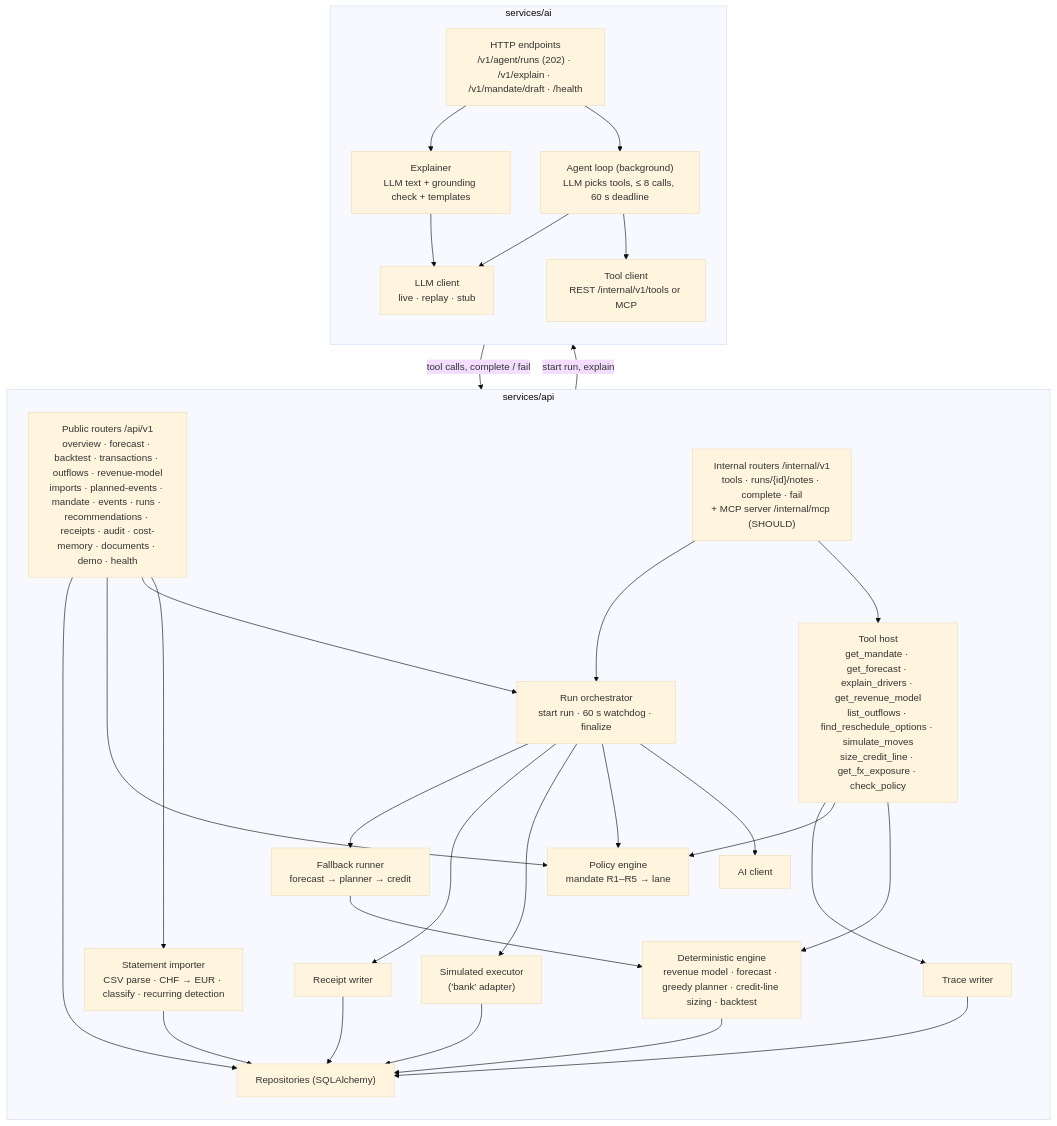
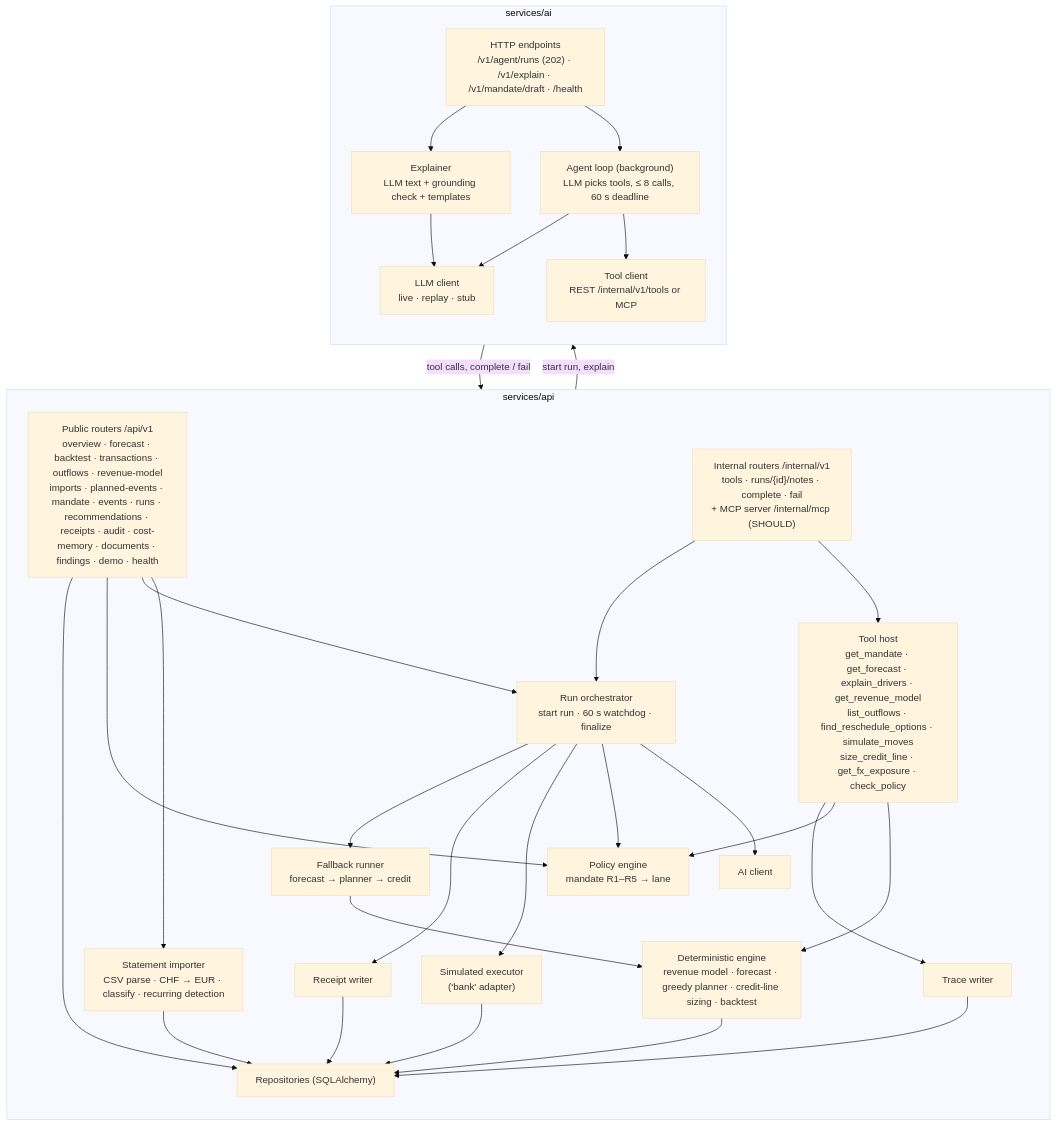
The third of 18 diagrams in docs/ARCHITECTURE.md (hold-my-laptop/autonomous-cfo), drawn with Mermaid (base theme) before and after one commit. The commit also changed 13 other files, not shown here.

````diff
--- a/docs/ARCHITECTURE.md
+++ b/docs/ARCHITECTURE.md
@@ -60,56 +60,56 @@
 ```mermaid
 flowchart TB
   subgraph API["services/api"]
     direction TB
-    public["Public routers /api/v1<br/>overview · forecast · backtest · transactions · outflows · revenue-model<br/>imports · planned-events · mandate · events · runs · recommendations · receipts · audit · cost-memory · documents · demo · health"]
+    public["Public routers /api/v1<br/>overview · forecast · backtest · transactions · outflows · revenue-model<br/>imports · planned-events · mandate · events · runs · recommendations · receipts · audit · cost-memory · documents · findings · demo · health"]
     internal["Internal routers /internal/v1<br/>tools · runs/{id}/notes · complete · fail<br/>+ MCP server /internal/mcp (SHOULD)"]
     importer["Statement importer<br/>CSV parse · CHF → EUR · classify · recurring detection"]
     orchestrator["Run orchestrator<br/>start run · 60 s watchdog · finalize"]
     toolhost["Tool host<br/>get_mandate · get_forecast · explain_drivers · get_revenue_model<br/>list_outflows · find_reschedule_options · simulate_moves<br/>size_credit_line · get_fx_exposure · check_policy"]
     engine["Deterministic engine<br/>revenue model · forecast · greedy planner · credit-line sizing · backtest"]
     policy["Policy engine<br/>mandate R1–R5 → lane"]
     fallback["Fallback runner<br/>forecast → planner → credit"]
     executor["Simulated executor<br/>('bank' adapter)"]
     receipts["Receipt writer"]
     trace["Trace writer"]
     aiclient["AI client"]
     repo["Repositories (SQLAlchemy)"]
 
     public --> importer --> repo
     public --> orchestrator
     public --> policy
     public --> repo
     internal --> toolhost
     internal --> orchestrator
     toolhost --> engine
     toolhost --> policy
     toolhost --> trace
     orchestrator --> aiclient
     orchestrator --> policy
     orchestrator --> executor
     orchestrator --> receipts
     orchestrator --> fallback --> engine
     engine --> repo
     executor --> repo
     receipts --> repo
     trace --> repo
   end
 
   subgraph AI["services/ai"]
     direction TB
     endpoints["HTTP endpoints<br/>/v1/agent/runs (202) · /v1/explain · /v1/mandate/draft · /health"]
     agent["Agent loop (background)<br/>LLM picks tools, ≤ 8 calls, 60 s deadline"]
     toolclient["Tool client<br/>REST /internal/v1/tools or MCP"]
     explainer["Explainer<br/>LLM text + grounding check + templates"]
     llmclient["LLM client<br/>live · replay · stub"]
 
     endpoints --> agent
     endpoints --> explainer
     agent --> llmclient
     agent --> toolclient
     explainer --> llmclient
   end
 
   aiclient -- "start run, explain" --> endpoints
   toolclient -- "tool calls, complete / fail" --> internal
 ```
````
